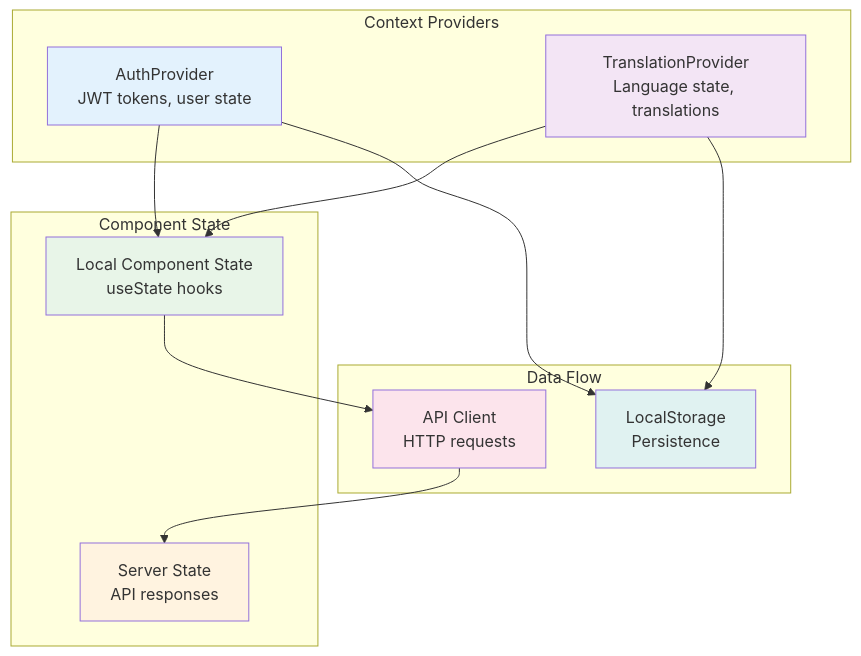
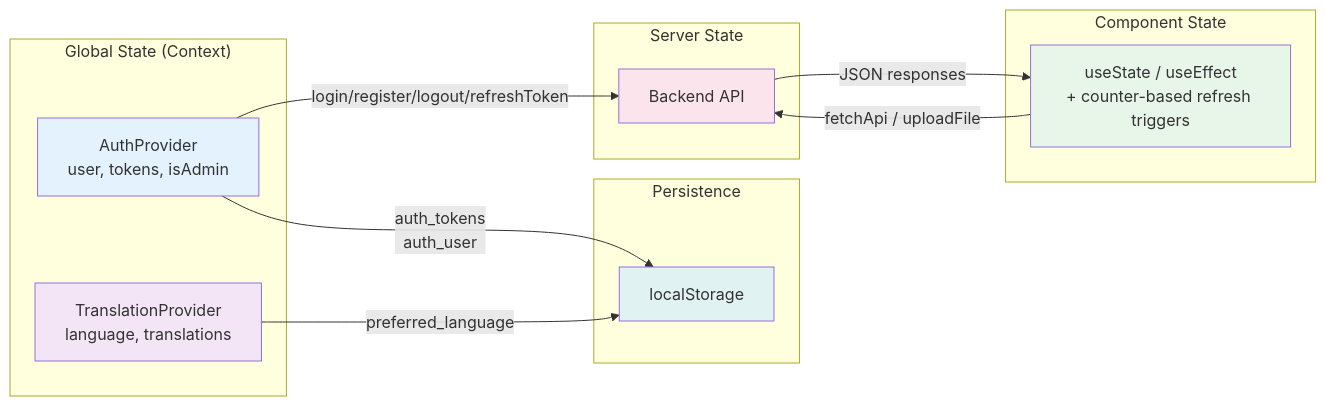
Before and after one commit to maxi3390/happydogs-calendar: the second of 3 diagrams in docs/docs/frontend/intro.md, drawn with Mermaid. The commit also changed other lines of this file and 42 other files, not shown here.

````diff
--- a/docs/docs/frontend/intro.md
+++ b/docs/docs/frontend/intro.md
@@ -63,31 +252,31 @@
 ```mermaid
-graph TB
-    subgraph "Context Providers"
-        AuthProvider[AuthProvider<br/>JWT tokens, user state]
-        TranslationProvider[TranslationProvider<br/>Language state, translations]
+graph LR
+    subgraph "Global State (Context)"
+        Auth["AuthProvider<br/>user, tokens, isAdmin"]
+        i18n["TranslationProvider<br/>language, translations"]
+    end
+
+    subgraph "Persistence"
+        LS["localStorage"]
+    end
+
+    subgraph "Server State"
+        API["Backend API"]
     end
 
     subgraph "Component State"
-        LocalState[Local Component State<br/>useState hooks]
-        ServerState[Server State<br/>API responses]
+        Hooks["useState / useEffect<br/>+ counter-based refresh triggers"]
     end
 
-    subgraph "Data Flow"
-        APIClient[API Client<br/>HTTP requests]
-        LocalStorage[LocalStorage<br/>Persistence]
-    end
+    Auth -- "auth_tokens<br/>auth_user" --> LS
+    i18n -- "preferred_language" --> LS
+    Hooks -- "fetchApi / uploadFile" --> API
+    API -- "JSON responses" --> Hooks
+    Auth -- "login/register/logout/refreshToken" --> API
 
-    AuthProvider --> LocalState
-    TranslationProvider --> LocalState
-    LocalState --> APIClient
-    APIClient --> ServerState
-    AuthProvider --> LocalStorage
-    TranslationProvider --> LocalStorage
-
-    style AuthProvider fill:#e3f2fd
-    style TranslationProvider fill:#f3e5f5
-    style LocalState fill:#e8f5e8
-    style ServerState fill:#fff3e0
-    style APIClient fill:#fce4ec
-    style LocalStorage fill:#e0f2f1
+    style Auth fill:#e3f2fd
+    style i18n fill:#f3e5f5
+    style LS fill:#e0f2f1
+    style API fill:#fce4ec
+    style Hooks fill:#e8f5e9
 ```
````
